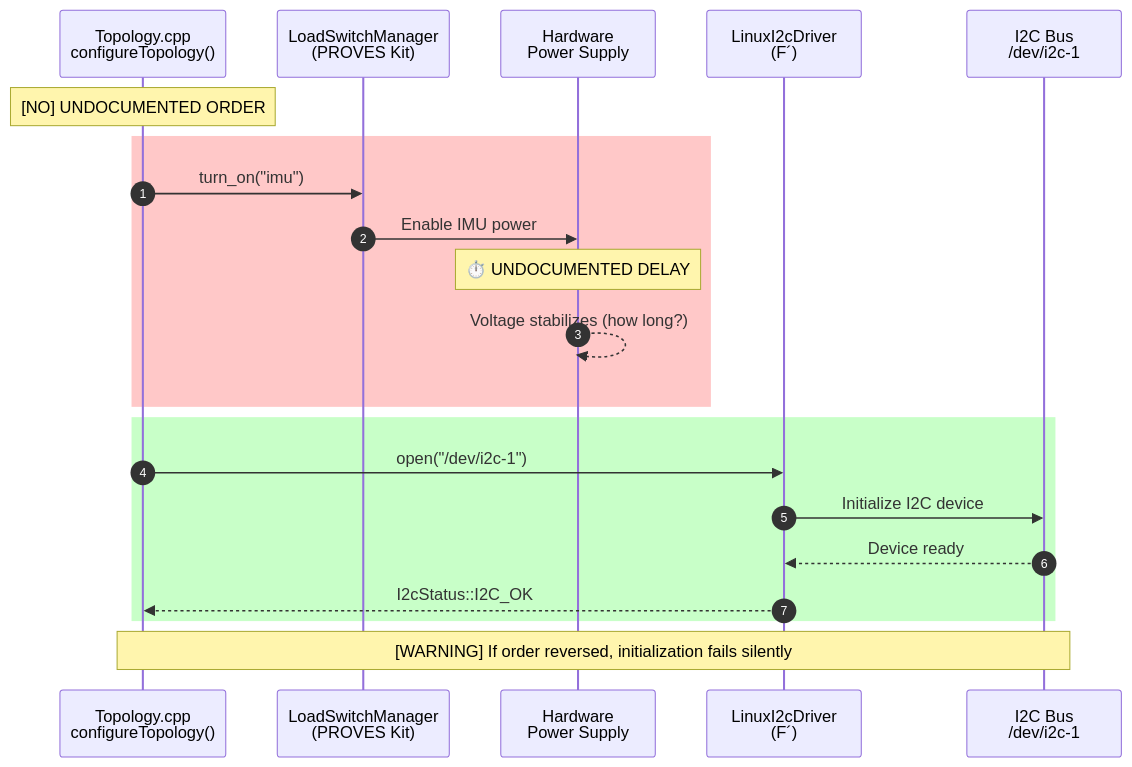
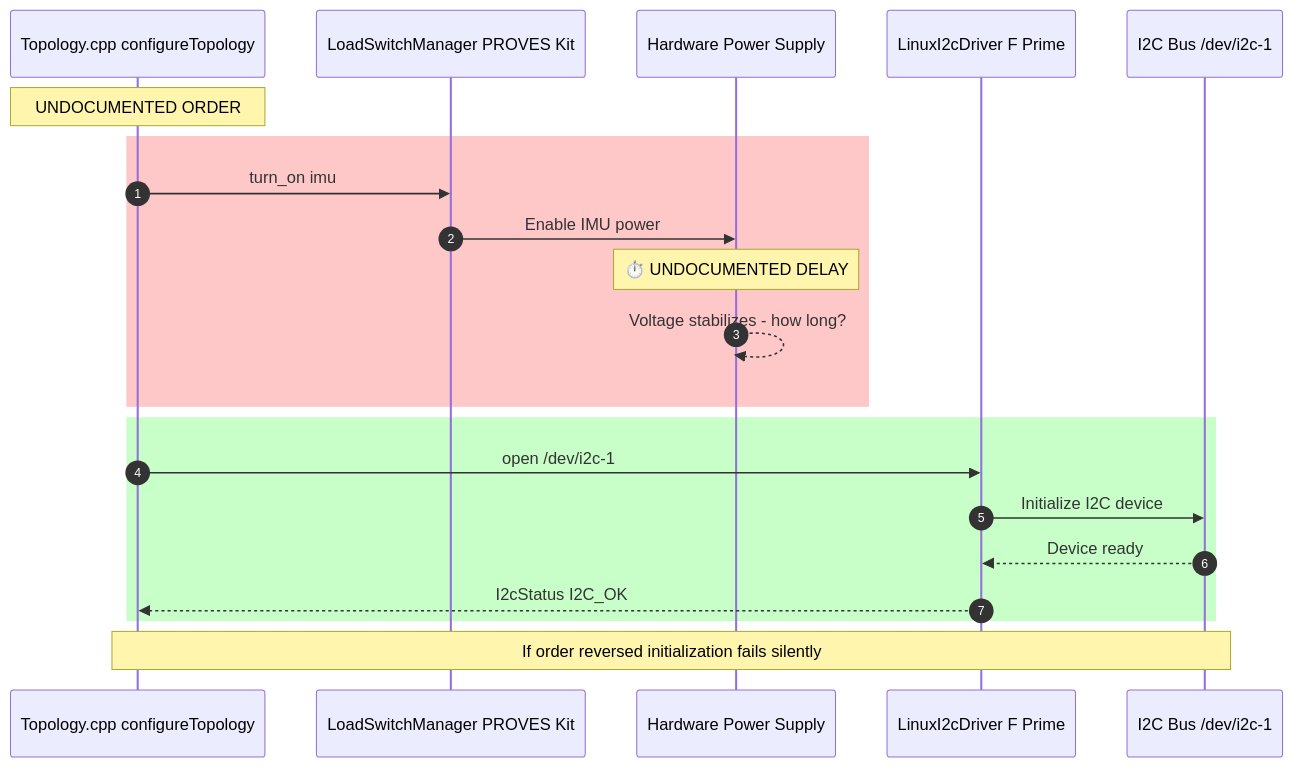
Before and after one commit to Lizo-RoadTown/PROVES_LIBRARY: the second of 6 diagrams in docs/diagrams/cross-system.md, drawn with Mermaid. The commit also changed 3 other files, not shown here.

Commit message:
Fix all remaining sequence diagram syntax errors

````diff
--- a/docs/diagrams/cross-system.md
+++ b/docs/diagrams/cross-system.md
@@ -140,27 +140,27 @@
 ```mermaid
 sequenceDiagram
     autonumber
-    participant Topology as Topology.cpp<br/>configureTopology()
-    participant LSM as LoadSwitchManager<br/>(PROVES Kit)
-    participant Power as Hardware<br/>Power Supply
-    participant BusDrv as LinuxI2cDriver<br/>(F´)
-    participant I2C as I2C Bus<br/>/dev/i2c-1
+    participant Topology as Topology.cpp configureTopology
+    participant LSM as LoadSwitchManager PROVES Kit
+    participant Power as Hardware Power Supply
+    participant BusDrv as LinuxI2cDriver F Prime
+    participant I2C as I2C Bus /dev/i2c-1
 
-    Note over Topology: [NO] UNDOCUMENTED ORDER
+    Note over Topology: UNDOCUMENTED ORDER
 
     rect rgb(255, 200, 200)
-        Topology->>LSM: turn_on("imu")
+        Topology->>LSM: turn_on imu
         LSM->>Power: Enable IMU power
         Note over Power: ⏱️ UNDOCUMENTED DELAY
-        Power-->>Power: Voltage stabilizes (how long?)
+        Power-->>Power: Voltage stabilizes - how long?
     end
 
     rect rgb(200, 255, 200)
-        Topology->>BusDrv: open("/dev/i2c-1")
+        Topology->>BusDrv: open /dev/i2c-1
         BusDrv->>I2C: Initialize I2C device
         I2C-->>BusDrv: Device ready
-        BusDrv-->>Topology: I2cStatus::I2C_OK
+        BusDrv-->>Topology: I2cStatus I2C_OK
     end
 
-    Note over Topology,I2C: [WARNING] If order reversed, initialization fails silently
+    Note over Topology,I2C: If order reversed initialization fails silently
 ```
````
